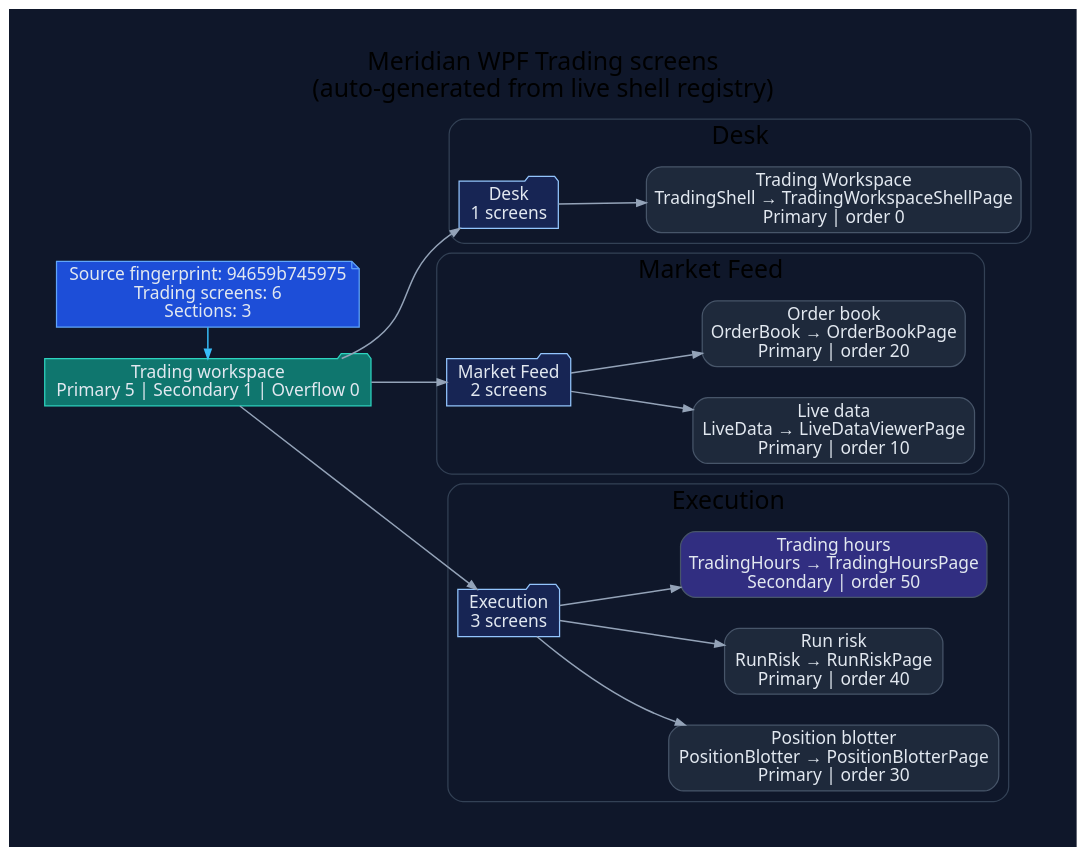
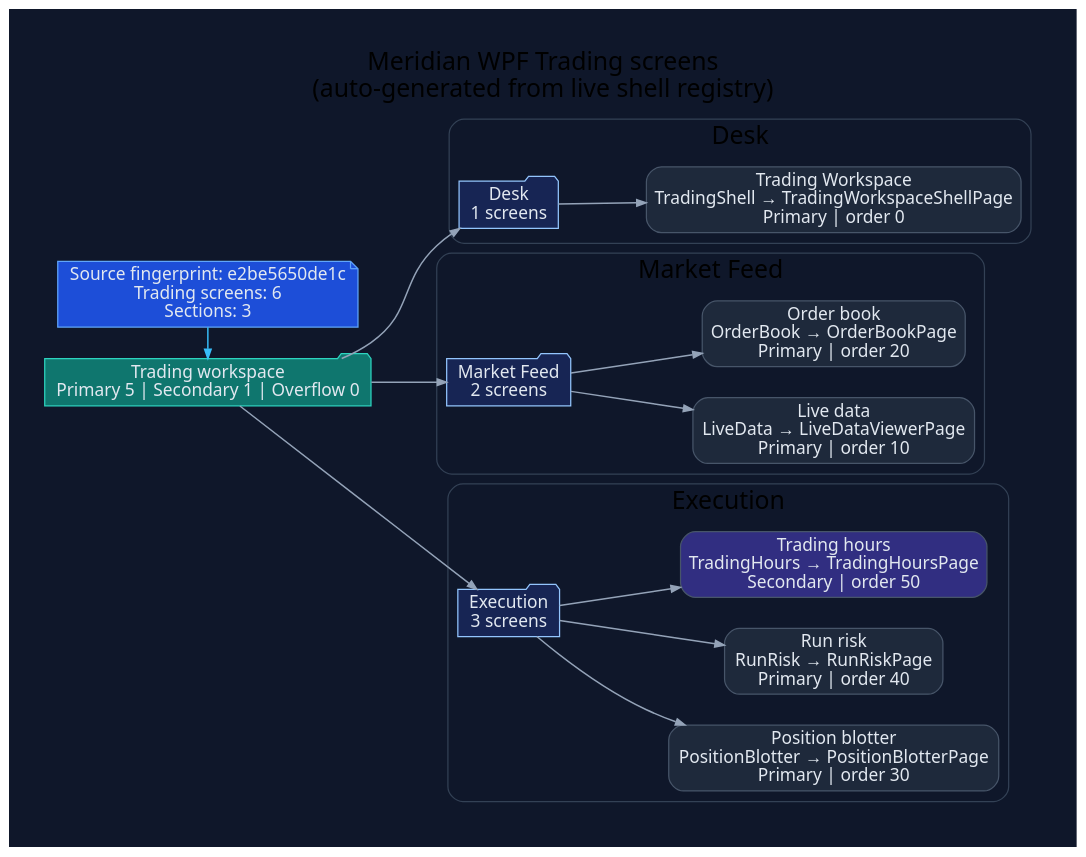
One commit to rodoHasArrived/Meridian-main changed the diagram in docs/diagrams/ui/ui-wpf-screens-trading.dot. Above: the diagram before and after it, drawn with Graphviz. The commit also changed 48 other files, not shown here.

```diff
--- a/docs/diagrams/ui/ui-wpf-screens-trading.dot
+++ b/docs/diagrams/ui/ui-wpf-screens-trading.dot
@@ -1,62 +1,62 @@
 // -----------------------------------------------------------------------------
 // <auto-generated>
 // Generated by scripts/generate-diagrams.mjs.
 // Do not edit this file directly; update the WPF source files instead.
 // -----------------------------------------------------------------------------
 digraph WpfTradingScreens {
   graph [
     rankdir=LR,
     labelloc=t,
     label="Meridian WPF Trading screens\n(auto-generated from live shell registry)",
     fontname="Segoe UI",
     fontsize=20,
     pad=0.4,
     nodesep=0.35,
     ranksep=0.85,
     bgcolor="#0f172a"
   ];
   node [fontname="Segoe UI", shape=box, style="rounded,filled", color="#475569", fontcolor="#e2e8f0", fillcolor="#1e293b"];
   edge [fontname="Segoe UI", color="#94a3b8", penwidth=1.2, arrowsize=0.75];
 
-  generated [shape=note, fillcolor="#1d4ed8", color="#60a5fa", label="Source fingerprint: 94659b745975\nTrading screens: 6\nSections: 3"];
+  generated [shape=note, fillcolor="#1d4ed8", color="#60a5fa", label="Source fingerprint: e2be5650de1c\nTrading screens: 6\nSections: 3"];
   workspace [shape=folder, fillcolor="#0f766e", color="#2dd4bf", label="Trading workspace\nPrimary 5 | Secondary 1 | Overflow 0"];
   generated -> workspace [color="#38bdf8"];
 
   subgraph cluster_section_1 {
     label="Desk";
     color="#334155";
     style="rounded";
     section_1 [shape=folder, fillcolor="#172554", color="#93c5fd", label="Desk\n1 screens"];
     workspace -> section_1;
     screen_TradingShell [fillcolor="#1e293b", label="Trading Workspace\nTradingShell → TradingWorkspaceShellPage\nPrimary | order 0"];
     section_1 -> screen_TradingShell;
   }
 
   subgraph cluster_section_2 {
     label="Market Feed";
     color="#334155";
     style="rounded";
     section_2 [shape=folder, fillcolor="#172554", color="#93c5fd", label="Market Feed\n2 screens"];
     workspace -> section_2;
     screen_LiveData [fillcolor="#1e293b", label="Live data\nLiveData → LiveDataViewerPage\nPrimary | order 10"];
     section_2 -> screen_LiveData;
     screen_OrderBook [fillcolor="#1e293b", label="Order book\nOrderBook → OrderBookPage\nPrimary | order 20"];
     section_2 -> screen_OrderBook;
   }
 
   subgraph cluster_section_3 {
     label="Execution";
     color="#334155";
     style="rounded";
     section_3 [shape=folder, fillcolor="#172554", color="#93c5fd", label="Execution\n3 screens"];
     workspace -> section_3;
     screen_PositionBlotter [fillcolor="#1e293b", label="Position blotter\nPositionBlotter → PositionBlotterPage\nPrimary | order 30"];
     section_3 -> screen_PositionBlotter;
     screen_RunRisk [fillcolor="#1e293b", label="Run risk\nRunRisk → RunRiskPage\nPrimary | order 40"];
     section_3 -> screen_RunRisk;
     screen_TradingHours [fillcolor="#312e81", label="Trading hours\nTradingHours → TradingHoursPage\nSecondary | order 50"];
     section_3 -> screen_TradingHours;
   }
 
   { rank=min; generated; workspace; }
 }
```
